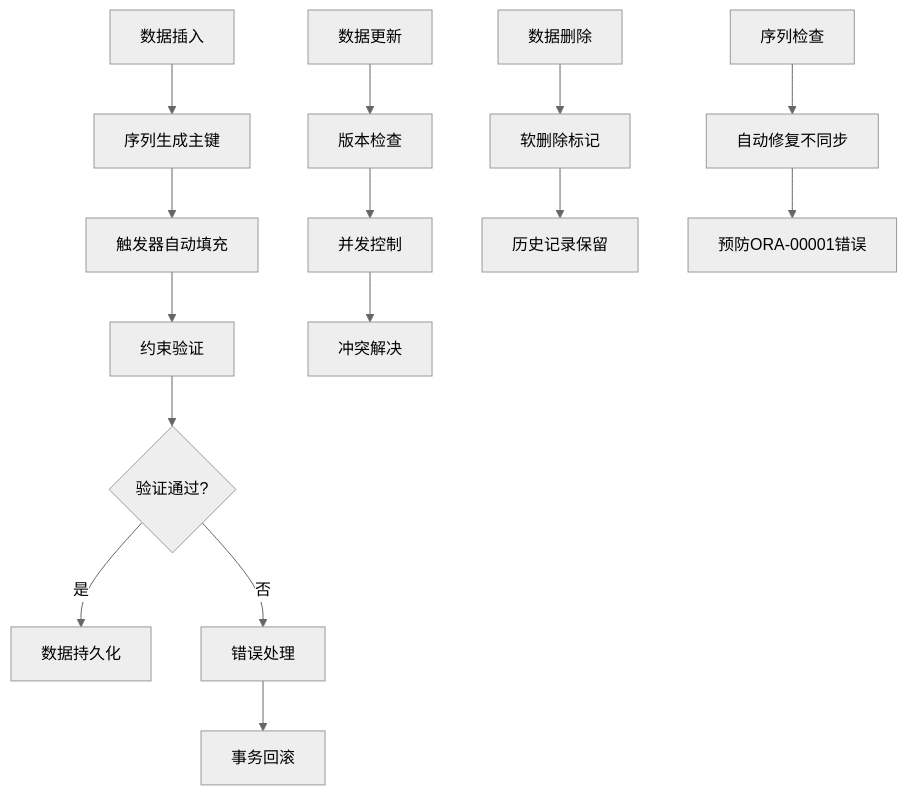
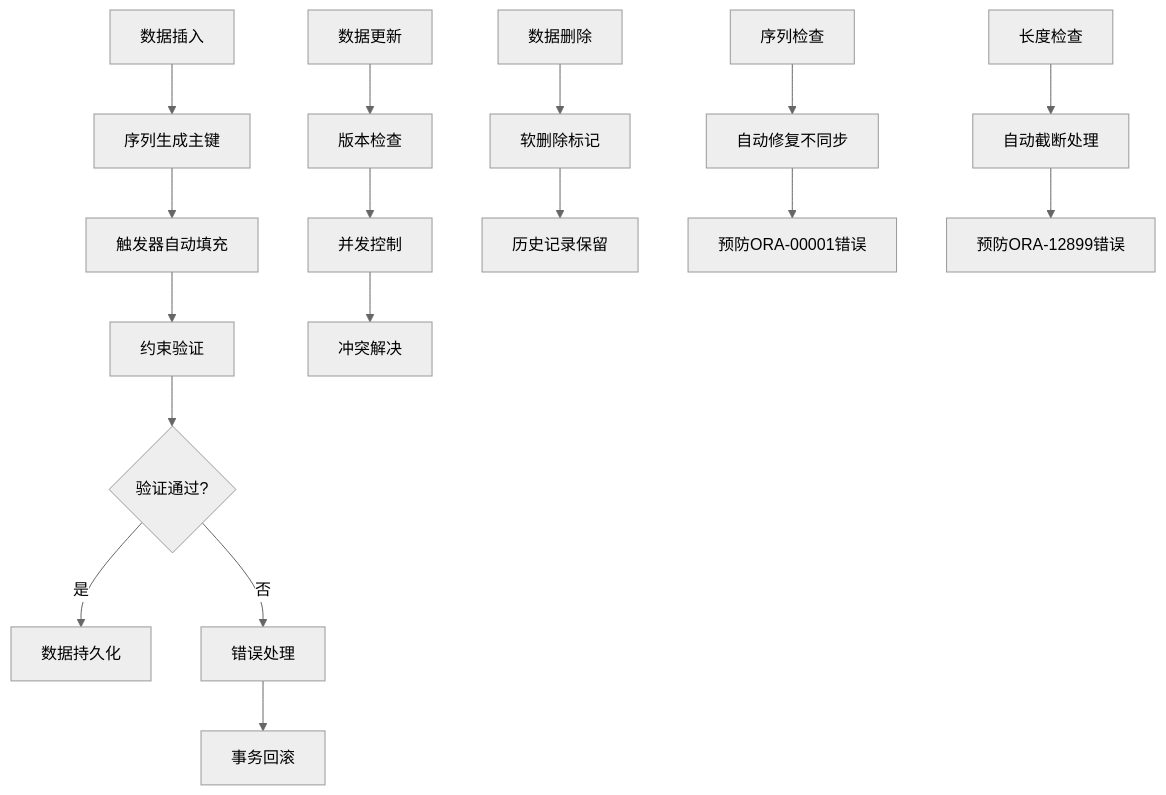
Diagram 14 of 21 in .qoder/repowiki/zh/content/Database Operations.md (liuzh2008/med_ai_assistant_workspace), drawn with Mermaid (neutral theme) before and after one commit. The commit also changed other lines of this file and 4 other files, not shown here.

````diff
--- a/.qoder/repowiki/zh/content/Database Operations.md
+++ b/.qoder/repowiki/zh/content/Database Operations.md
@@ -514,17 +594,19 @@
 ```mermaid
 flowchart TD
 A[数据插入] --> B[序列生成主键]
 B --> C[触发器自动填充]
 C --> D[约束验证]
 D --> E{验证通过?}
 E --> |是| F[数据持久化]
 E --> |否| G[错误处理]
 G --> H[事务回滚]
 I[数据更新] --> J[版本检查]
 J --> K[并发控制]
 K --> L[冲突解决]
 M[数据删除] --> N[软删除标记]
 N --> O[历史记录保留]
 P[序列检查] --> Q[自动修复不同步]
 Q --> R[预防ORA-00001错误]
+S[长度检查] --> T[自动截断处理]
+T --> U[预防ORA-12899错误]
 ```
````
